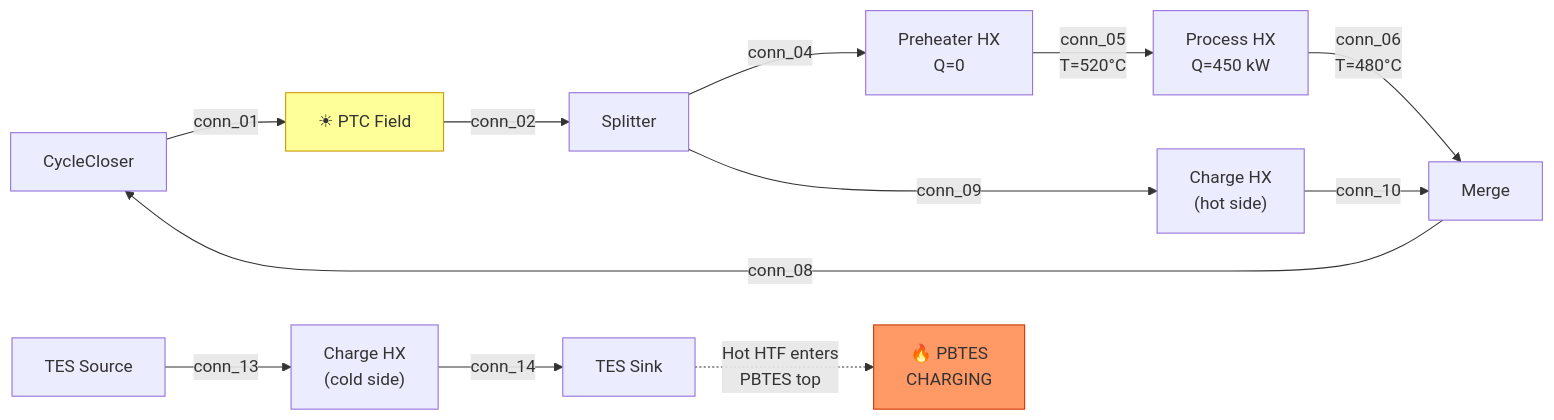
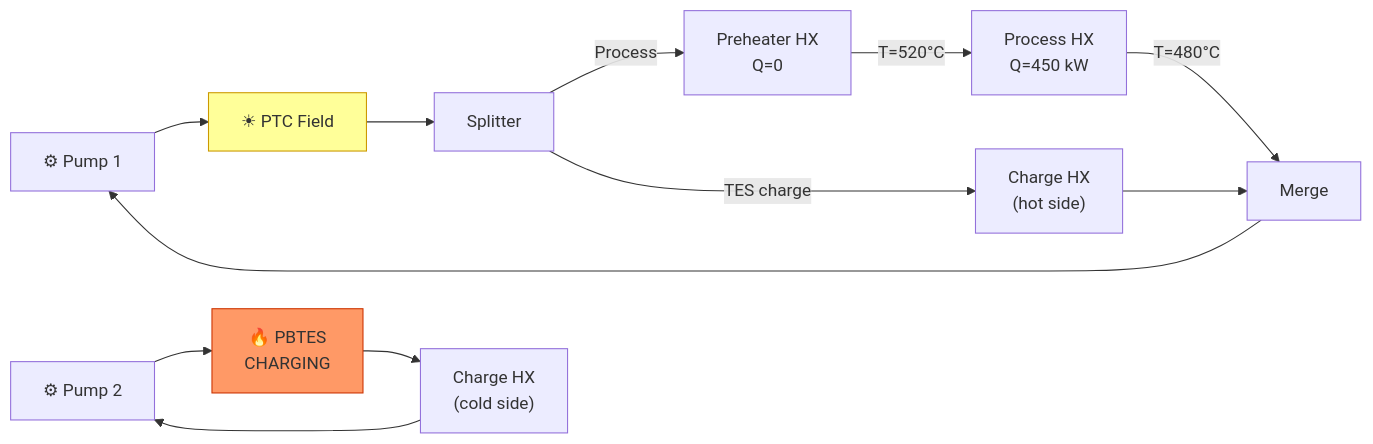
One commit to iwolde/pbtes-sim changed the fifth of 17 diagrams in insumos paper/PLANT_LAYOUTS_AND_MODES.md. Above: the diagram before and after it, drawn with Mermaid. The commit also changed other lines of this file and 1 other file, not shown here.

````diff
--- a/insumos paper/PLANT_LAYOUTS_AND_MODES.md
+++ b/insumos paper/PLANT_LAYOUTS_AND_MODES.md
@@ -239,19 +270,18 @@
 ```mermaid
 graph LR
-    CC["CycleCloser"] -->|conn_01| PTC["☀ PTC Field"]
-    PTC -->|conn_02| SP["Splitter"]
-    SP -->|conn_04| PH["Preheater HX<br/>Q=0"]
-    PH -->|conn_05<br/>T=520°C| PR["Process HX<br/>Q=450 kW"]
-    PR -->|conn_06<br/>T=480°C| MG["Merge"]
-    SP -->|conn_09| CHX_H["Charge HX<br/>(hot side)"]
-    CHX_H -->|conn_10| MG
-    MG -->|conn_08| CC
+    P1["⚙ Pump 1"] --> PTC["☀ PTC Field"]
+    PTC --> SP["Splitter"]
+    SP -->|"Process"| PH["Preheater HX<br/>Q=0"]
+    PH -->|"T=520°C"| PR["Process HX<br/>Q=450 kW"]
+    PR -->|"T=480°C"| MG["Merge"]
+    SP -->|"TES charge"| CHX_H["Charge HX<br/>(hot side)"]
+    CHX_H --> MG
+    MG --> P1
 
-    SRC["TES Source"] -->|conn_13| CHX_C["Charge HX<br/>(cold side)"]
-    CHX_C -->|conn_14| SNK["TES Sink"]
-
-    SNK -.->|"Hot HTF enters<br/>PBTES top"| PBTES["🔥 PBTES<br/>CHARGING"]
+    P2["⚙ Pump 2"] --> PBTES["🔥 PBTES<br/>CHARGING"]
+    PBTES --> CHX_C["Charge HX<br/>(cold side)"]
+    CHX_C --> P2
 
     style PTC fill:#ff9,stroke:#c90
     style PBTES fill:#f96,stroke:#c30
 ```
````
